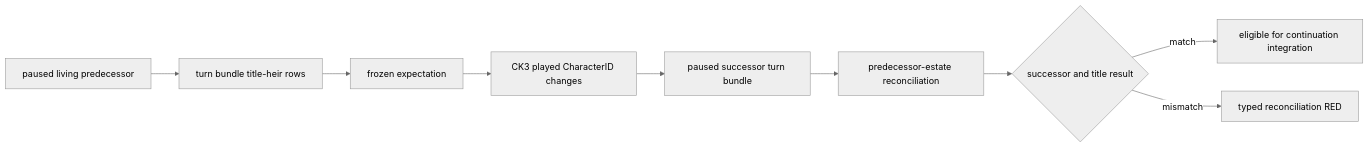
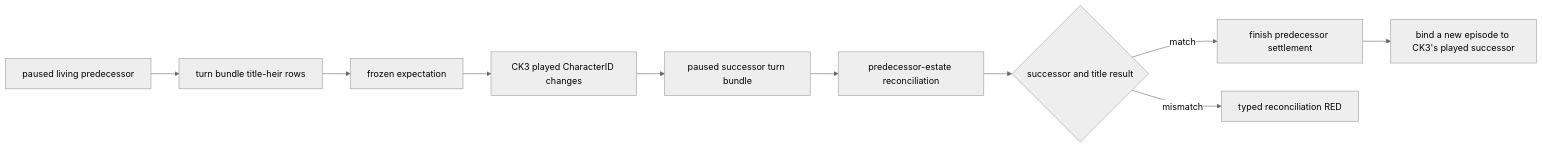
One commit to XenoAmess/ck3_eternal_recurrence changed the diagram in docs/ck3-native-ai/succession-transition-v1.md. Above: the diagram before and after it, drawn with Mermaid (neutral theme). The commit also changed other lines of this file and 12 other files, not shown here.

````diff
--- a/docs/ck3-native-ai/succession-transition-v1.md
+++ b/docs/ck3-native-ai/succession-transition-v1.md
@@ -42,11 +42,12 @@
 ```mermaid
 flowchart LR
   A[paused living predecessor] --> B[turn bundle title-heir rows]
   B --> C[frozen expectation]
   C --> D[CK3 played CharacterID changes]
   D --> E[paused successor turn bundle]
   E --> F[predecessor-estate reconciliation]
   F --> G{successor and title result}
-  G -->|match| H[eligible for continuation integration]
+  G -->|match| H[finish predecessor settlement]
+  H --> J[bind a new episode to CK3's played successor]
   G -->|mismatch| I[typed reconciliation RED]
 ```
````
